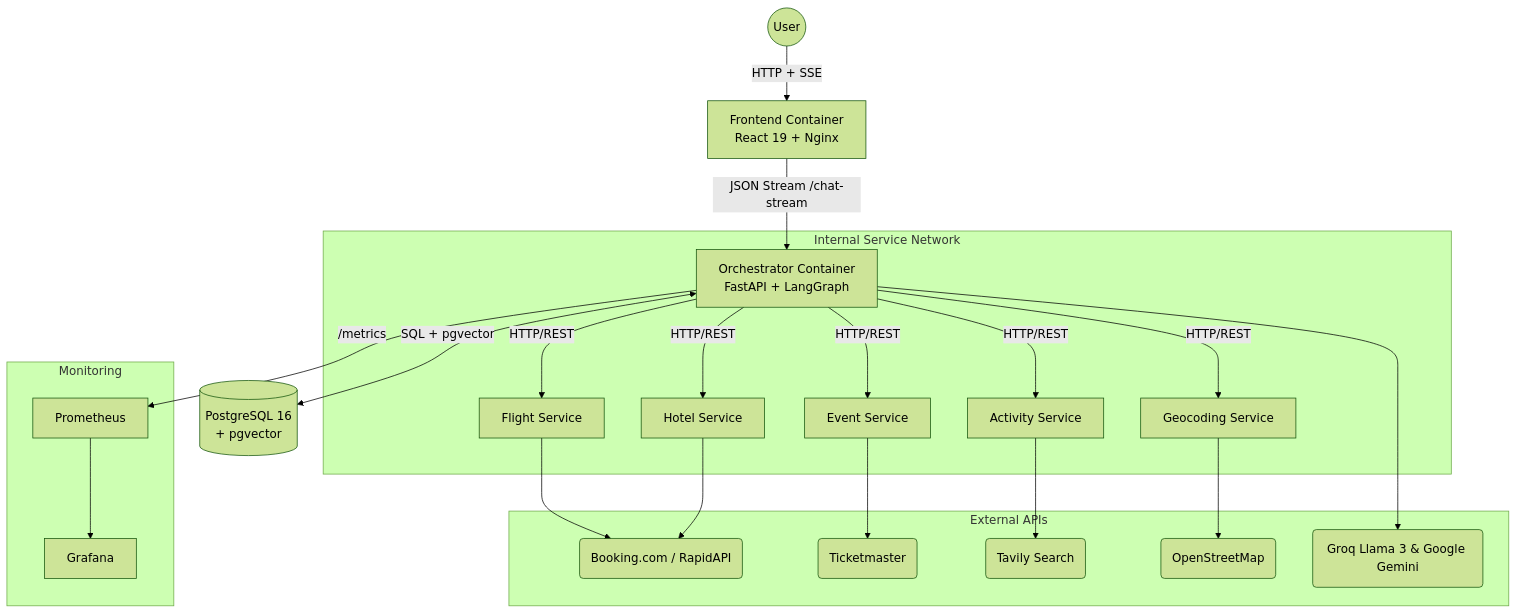
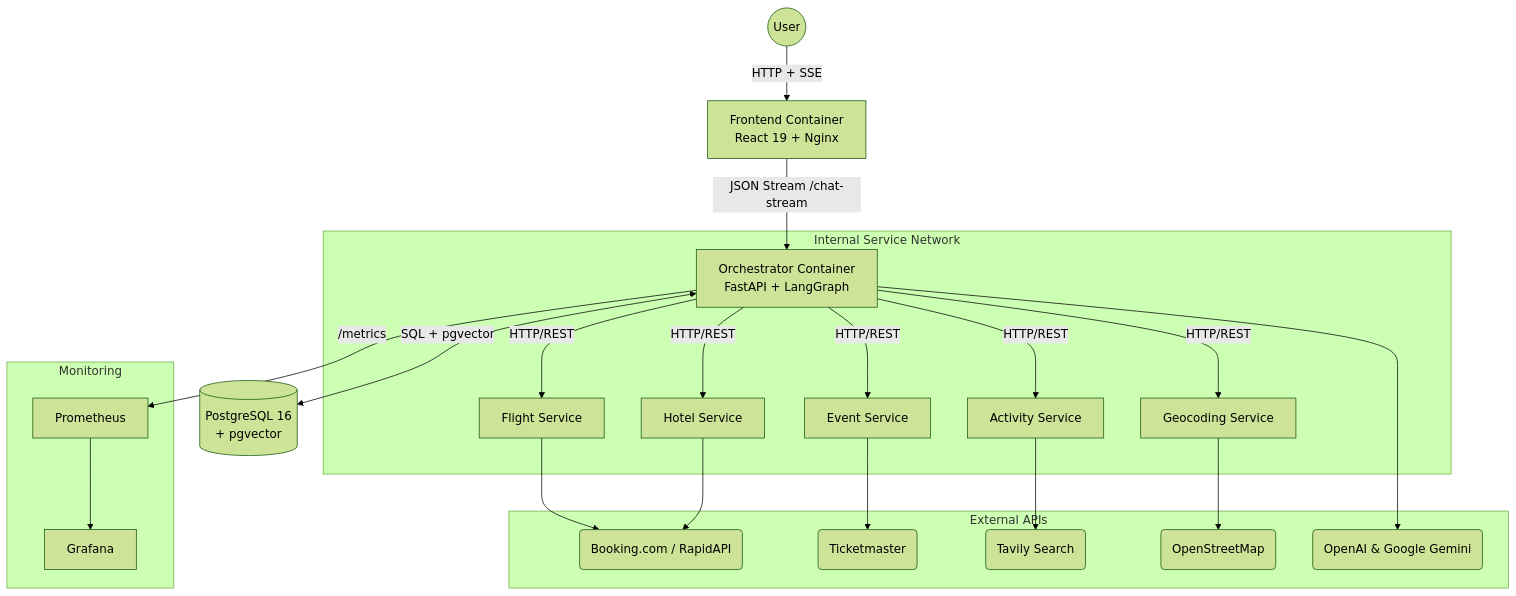
The diagram in README.md (BopsAIle/Agent-travel), drawn with Mermaid (forest theme) before and after one commit. The commit also changed other lines of this file and 7 other files, not shown here.

Commit message:
Change Groq -> OPenAI

````diff
--- a/README.md
+++ b/README.md
@@ -90,29 +89,29 @@
 ```mermaid
 graph TD
     User((User)) -->|HTTP + SSE| Frontend[Frontend Container<br>React 19 + Nginx]
     Frontend -->|JSON Stream /chat-stream| Orch[Orchestrator Container<br>FastAPI + LangGraph]
 
     Orch <-->|SQL + pgvector| DB[(PostgreSQL 16<br>+ pgvector)]
 
     subgraph "Internal Service Network"
         Orch -->|HTTP/REST| Flight[Flight Service]
         Orch -->|HTTP/REST| Hotel[Hotel Service]
         Orch -->|HTTP/REST| Event[Event Service]
         Orch -->|HTTP/REST| Activity[Activity Service]
         Orch -->|HTTP/REST| Geo[Geocoding Service]
     end
 
     subgraph "External APIs"
         Flight --> BookingAPI(Booking.com / RapidAPI)
         Hotel --> BookingAPI
         Event --> TM(Ticketmaster)
         Activity --> Tavily(Tavily Search)
         Geo --> OSM(OpenStreetMap)
-        Orch --> LLM(Groq Llama 3 & Google Gemini)
+        Orch --> LLM(OpenAI & Google Gemini)
     end
 
     subgraph "Monitoring"
         Orch -->|/metrics| Prom[Prometheus]
         Prom --> Grafana[Grafana]
     end
 ```
````
